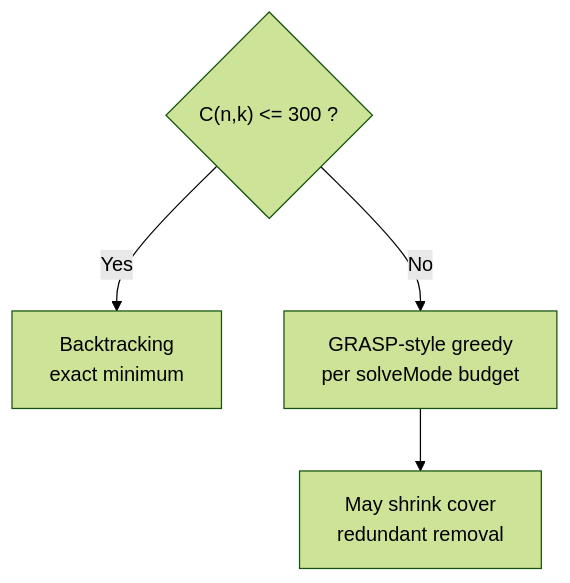
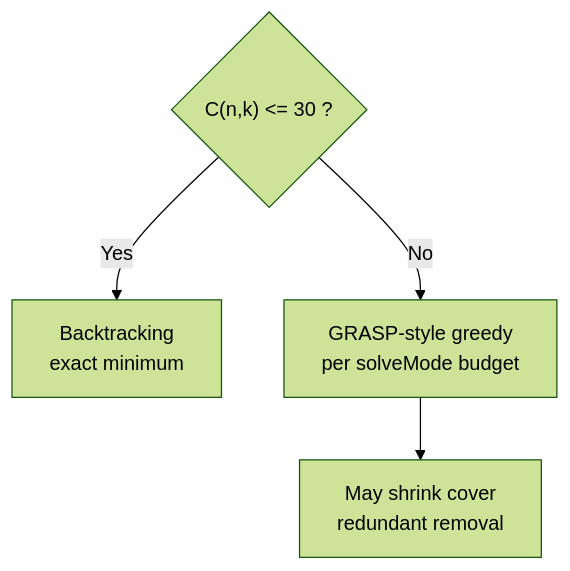
The second of 2 diagrams in README.md (HongtianChan/optipick), drawn with Mermaid (forest theme) before and after one commit. The commit also changed other lines of this file and 2 other files, not shown here.

````diff
--- a/README.md
+++ b/README.md
@@ -137,7 +137,7 @@
 ```mermaid
 flowchart TD
-  Q{"C(n,k) <= 300 ?"}
+  Q{"C(n,k) <= 30 ?"}
   Q -->|Yes| E["Backtracking<br/>exact minimum"]
   Q -->|No| H["GRASP-style greedy<br/>per solveMode budget"]
   H --> R["May shrink cover<br/>redundant removal"]
 ```
````
